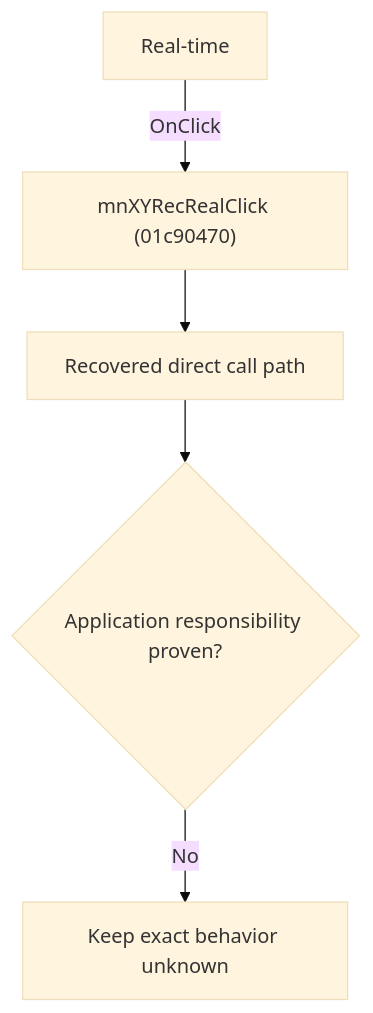
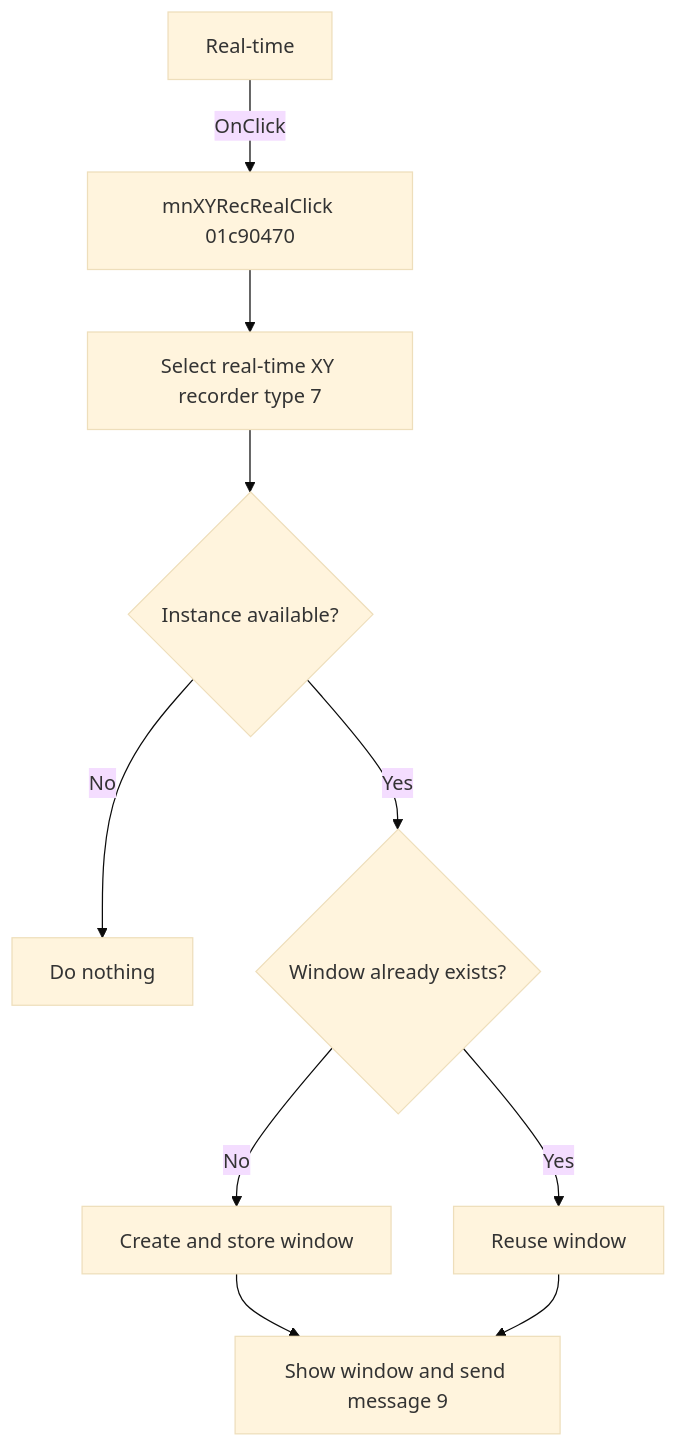
One commit to MovGP0/TIARA changed the diagram in docs/ui-controls/schematiceditor/mnxyrecreal-71f33d7ef4.md. Above: the diagram before and after it, drawn with Mermaid (base theme). The commit also changed other lines of this file and 241 other files, not shown here.

````diff
--- a/docs/ui-controls/schematiceditor/mnxyrecreal-71f33d7ef4.md
+++ b/docs/ui-controls/schematiceditor/mnxyrecreal-71f33d7ef4.md
@@ -27,7 +22,12 @@
 ```mermaid
 flowchart TD
-    control["Real-time"] -->|"OnClick"| handler["mnXYRecRealClick (01c90470)"]
-    handler --> recovered["Recovered direct call path"]
-    recovered --> gap{"Application responsibility proven?"}
-    gap -->|"No"| blocked["Keep exact behavior unknown"]
+    control["Real-time"] -->|"OnClick"| handler["mnXYRecRealClick 01c90470"]
+    handler --> coordinator["Select real-time XY recorder type 7"]
+    coordinator --> available{"Instance available?"}
+    available -->|"No"| noOp["Do nothing"]
+    available -->|"Yes"| slot{"Window already exists?"}
+    slot -->|"No"| create["Create and store window"]
+    slot -->|"Yes"| reuse["Reuse window"]
+    create --> show["Show window and send message 9"]
+    reuse --> show
 ```
````
